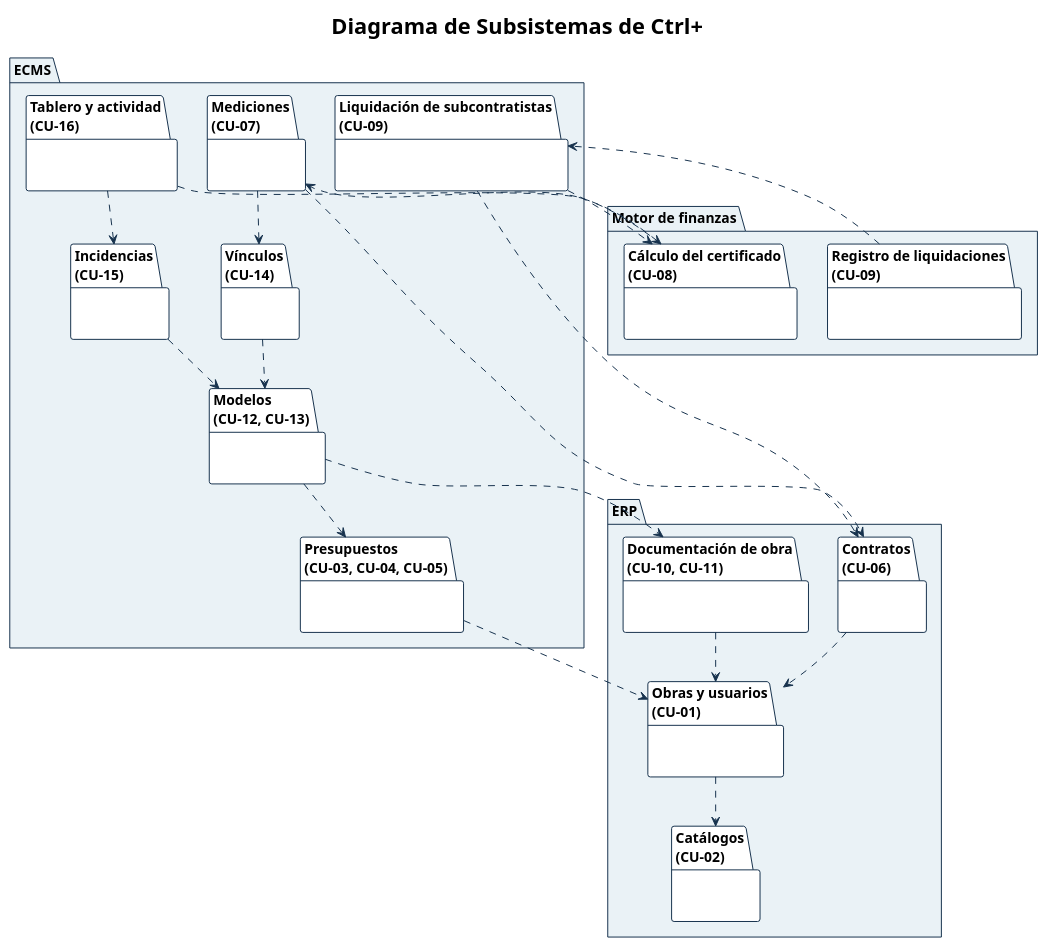
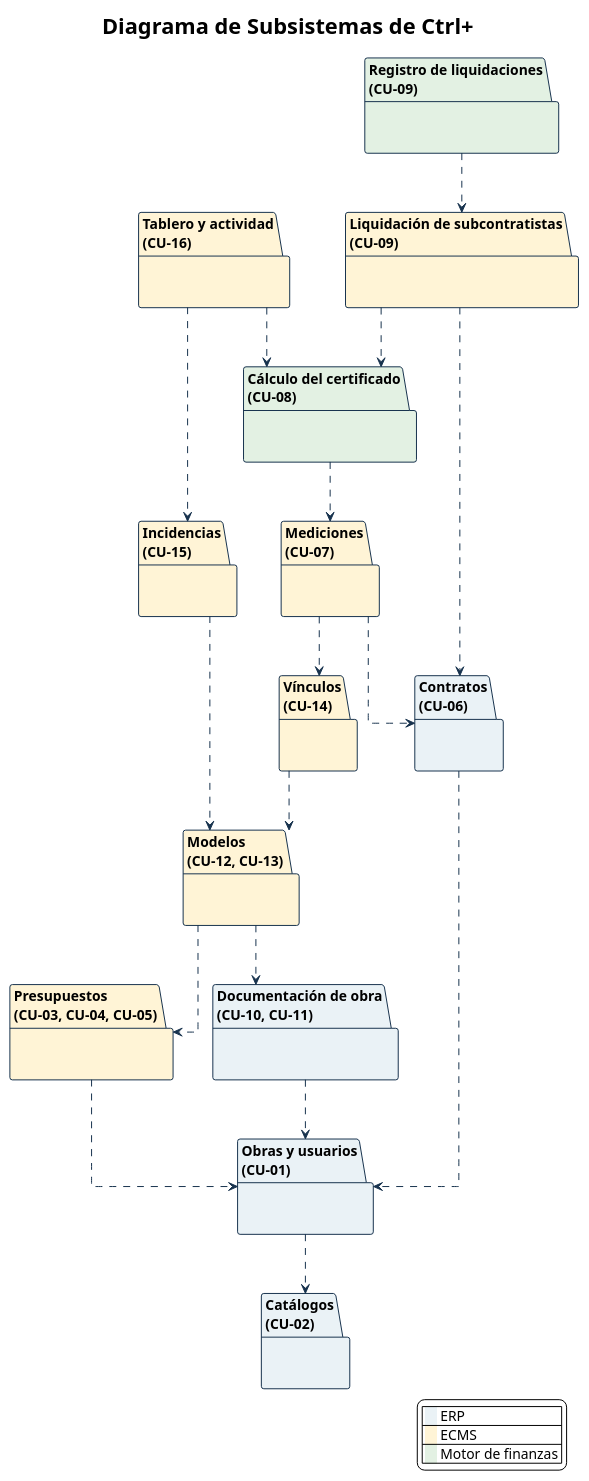
One commit to Ssrrb/tpf-uca changed the diagram in diagramas/CU-00-paquetes.puml. Above: the diagram before and after it, drawn with PlantUML.

Commit message:
Ordenar flechas del diagrama de subsistemas
Claude-Session: https://claude.ai/code/session_01SsyG3wUJjJavC4bKm9ePMa

```diff
--- a/diagramas/CU-00-paquetes.puml
+++ b/diagramas/CU-00-paquetes.puml
@@ -1,95 +1,94 @@
 @startuml
 !theme plain
 skinparam style strictuml
 skinparam shadowing false
 skinparam defaultFontName Arial
 skinparam defaultFontSize 14
 skinparam ArrowColor #17324D
 skinparam activity {
   StartColor #17324D
   EndColor #17324D
   BarColor #17324D
   BackgroundColor #F5F8FA
   BorderColor #17324D
   DiamondBackgroundColor #EAF2F6
   DiamondBorderColor #17324D
 }
 skinparam swimlane {
   BorderColor #17324D
   TitleBackgroundColor #EAF2F6
 }
 skinparam state {
   StartColor #17324D
   EndColor #17324D
   BackgroundColor #F5F8FA
   BorderColor #17324D
 }
 skinparam package {
   BackgroundColor #EAF2F6
   BorderColor #17324D
 }
 skinparam note {
   BackgroundColor #FFFFFF
   BorderColor #17324D
 }
 title Diagrama de Subsistemas de Ctrl+
-skinparam nodesep 30
-skinparam ranksep 50
+skinparam nodesep 40
+skinparam ranksep 60
+skinparam linetype ortho
 skinparam package {
   BackgroundColor #EAF2F6
   BorderColor #17324D
 }
 
-package "ERP" as erp #EAF2F6 {
-  package "Obras y usuarios\n(CU-01)" as obr #FFFFFF {
-  }
-  package "Catálogos\n(CU-02)" as cat #FFFFFF {
-  }
-  package "Contratos\n(CU-06)" as con #FFFFFF {
-  }
-  package "Documentación de obra\n(CU-10, CU-11)" as doc #FFFFFF {
-  }
+package "Tablero y actividad\n(CU-16)" as tab #FFF4D6 {
+}
+package "Registro de liquidaciones\n(CU-09)" as reg #E3F1E3 {
+}
+package "Incidencias\n(CU-15)" as inc #FFF4D6 {
+}
+package "Liquidación de subcontratistas\n(CU-09)" as liq #FFF4D6 {
+}
+package "Cálculo del certificado\n(CU-08)" as cal #E3F1E3 {
+}
+package "Mediciones\n(CU-07)" as med #FFF4D6 {
+}
+package "Vínculos\n(CU-14)" as vin #FFF4D6 {
+}
+package "Modelos\n(CU-12, CU-13)" as mod #FFF4D6 {
+}
+package "Presupuestos\n(CU-03, CU-04, CU-05)" as pre #FFF4D6 {
+}
+package "Contratos\n(CU-06)" as con #EAF2F6 {
+}
+package "Documentación de obra\n(CU-10, CU-11)" as doc #EAF2F6 {
+}
+package "Obras y usuarios\n(CU-01)" as obr #EAF2F6 {
+}
+package "Catálogos\n(CU-02)" as cat #EAF2F6 {
 }
 
-package "ECMS" as ecms #EAF2F6 {
-  package "Presupuestos\n(CU-03, CU-04, CU-05)" as pre #FFFFFF {
-  }
-  package "Modelos\n(CU-12, CU-13)" as mod #FFFFFF {
-  }
-  package "Vínculos\n(CU-14)" as vin #FFFFFF {
-  }
-  package "Incidencias\n(CU-15)" as inc #FFFFFF {
-  }
-  package "Mediciones\n(CU-07)" as med #FFFFFF {
-  }
-  package "Liquidación de subcontratistas\n(CU-09)" as liq #FFFFFF {
-  }
-  package "Tablero y actividad\n(CU-16)" as tab #FFFFFF {
-  }
-}
+legend right
+  | <back:#EAF2F6>   </back> ERP |
+  | <back:#FFF4D6>   </back> ECMS |
+  | <back:#E3F1E3>   </back> Motor de finanzas |
+endlegend
 
-package "Motor de finanzas" as mf #EAF2F6 {
-  package "Cálculo del certificado\n(CU-08)" as cal #FFFFFF {
-  }
-  package "Registro de liquidaciones\n(CU-09)" as reg #FFFFFF {
-  }
-}
-
-tab ..> cal
-tab ..> inc
-reg ..> liq
-liq ..> cal
-liq ..> con
-cal ..> med
-med ..> vin
-med ..> con
-inc ..> mod
-vin ..> mod
-mod ..> pre
-mod ..> doc
-pre ..> obr
-doc ..> obr
-con ..> obr
-obr ..> cat
+tab .down.> inc
+tab .down.> cal
+reg .down.> liq
+liq .down.> cal
+liq .down.> con
+cal .down.> med
+med .down.> vin
+med .down.> con
+inc .down.> mod
+vin .down.> mod
+mod .down.> pre
+mod .down.> doc
+pre .down.> obr
+doc .down.> obr
+con .down.> obr
+obr .down.> cat
 
 @enduml
```
